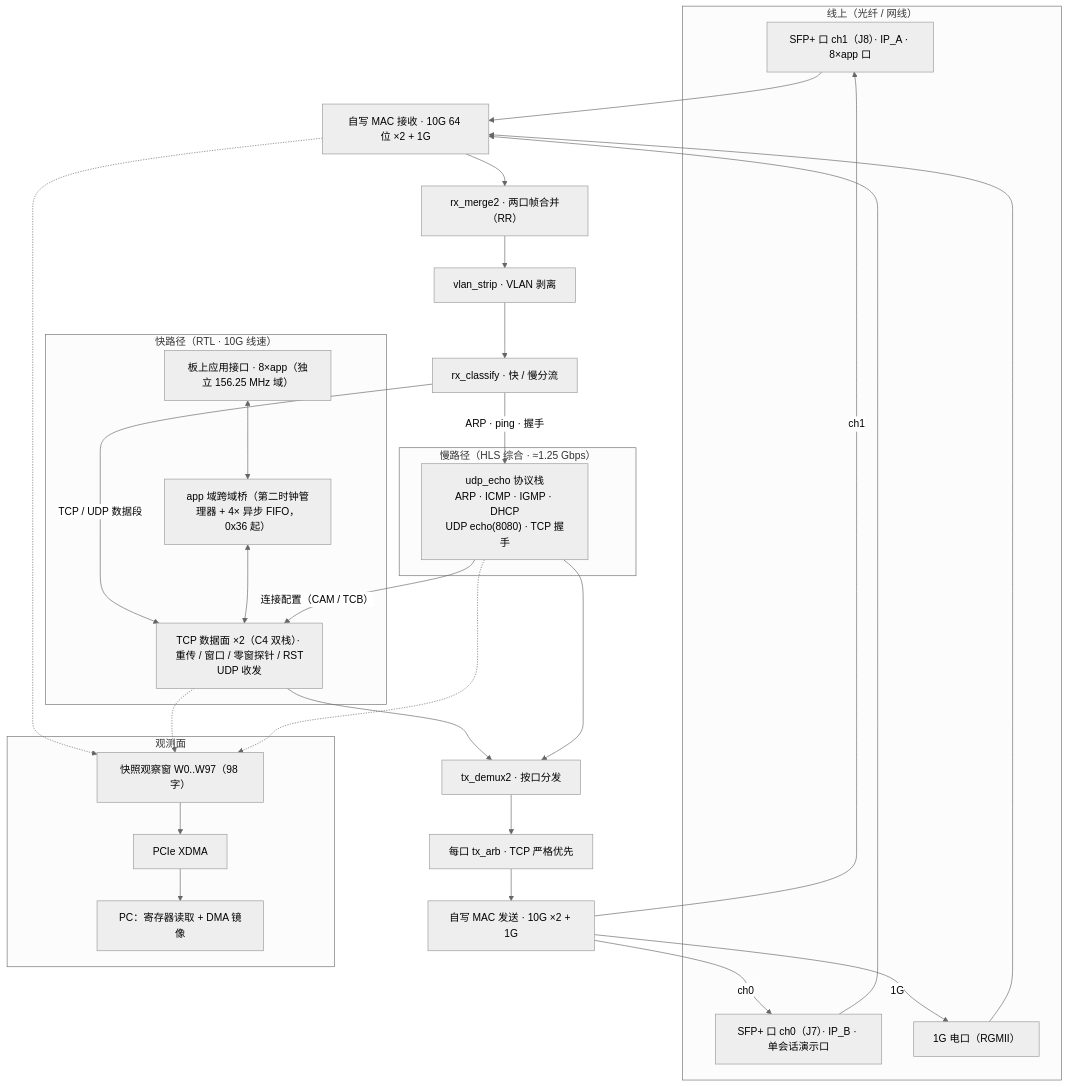
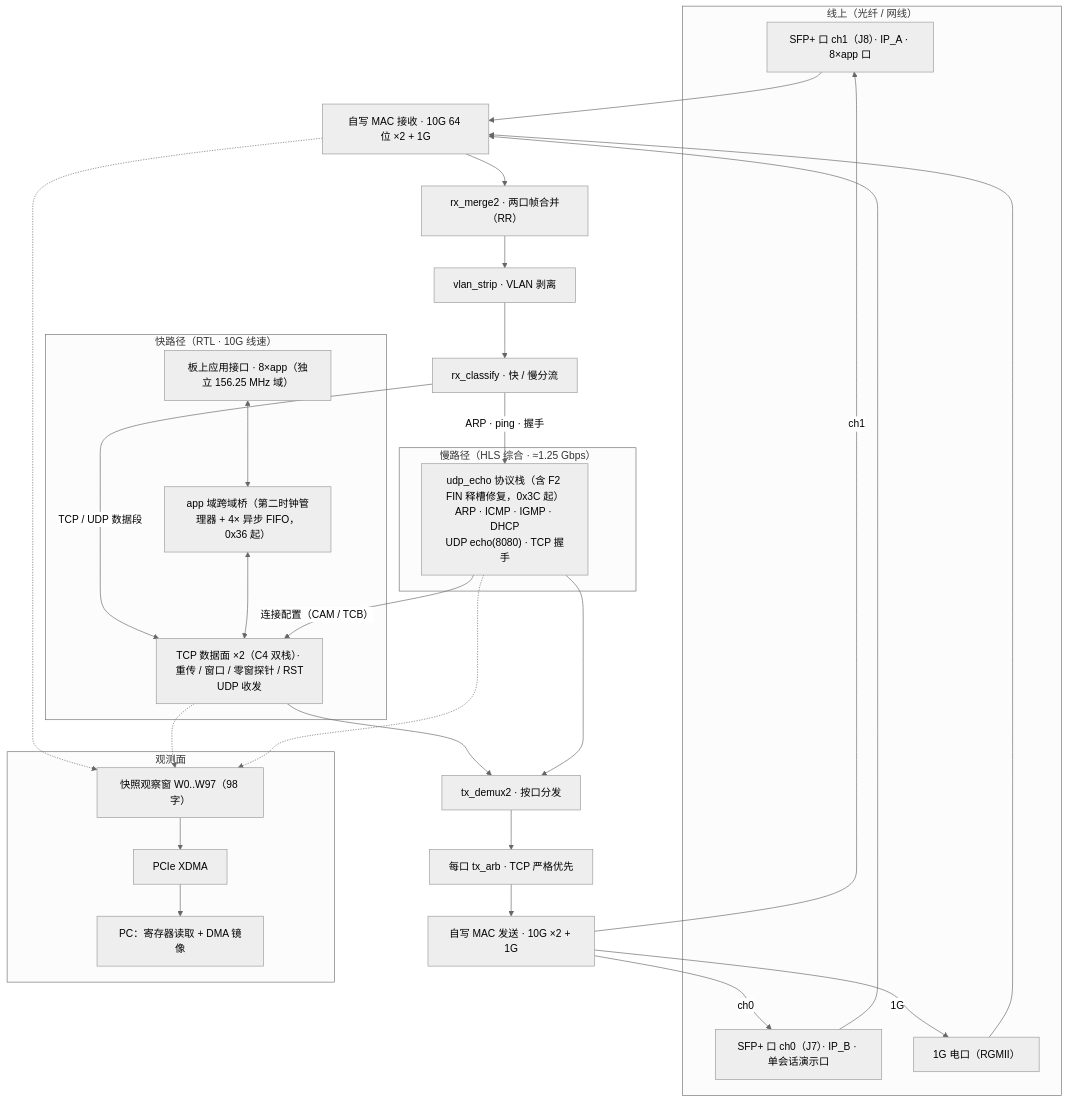
Before and after one commit to ZhengXueyuan/10g_fpga_tcp_ip_stack: the diagram in README.md, drawn with Mermaid (neutral theme). The commit also changed other lines of this file and 5 other files, not shown here.

First line of the commit message:
docs: human layer refresh to 0x3C — HLS slot-leak root-cause + F2 (zero-data FIN) fix

````diff
--- a/README.md
+++ b/README.md
@@ -33,51 +33,51 @@
 ```mermaid
 %%{init: {'flowchart': {'curve': 'basis'}}}%%
 flowchart TB
     subgraph LINE["线上（光纤 / 网线）"]
         P1["SFP+ 口 ch1（J8）· IP_A · 8×app 口"]
         P0["SFP+ 口 ch0（J7）· IP_B · 单会话演示口"]
         G1["1G 电口（RGMII）"]
     end
 
     MRX["自写 MAC 接收 · 10G 64 位 ×2 + 1G"]
     MG["rx_merge2 · 两口帧合并（RR）"]
     VS["vlan_strip · VLAN 剥离"]
     CF["rx_classify · 快 / 慢分流"]
 
     subgraph FAST["快路径（RTL · 10G 线速）"]
         FP["TCP 数据面 ×2（C4 双栈）· 重传 / 窗口 / 零窗探针 / RST<br>UDP 收发"]
         CDC["app 域跨域桥（第二时钟管理器 + 4× 异步 FIFO，0x36 起）"]
         APP["板上应用接口 · 8×app（独立 156.25 MHz 域）"]
     end
 
     subgraph SLOWP["慢路径（HLS 综合 · ≈1.25 Gbps）"]
-        HLS["udp_echo 协议栈<br>ARP · ICMP · IGMP · DHCP<br>UDP echo(8080) · TCP 握手"]
+        HLS["udp_echo 协议栈（含 F2 FIN 释槽修复，0x3C 起）<br>ARP · ICMP · IGMP · DHCP<br>UDP echo(8080) · TCP 握手"]
     end
 
     DX["tx_demux2 · 按口分发"]
     ARB["每口 tx_arb · TCP 严格优先"]
     MTX["自写 MAC 发送 · 10G ×2 + 1G"]
 
     subgraph OBSP["观测面"]
         SNAP["快照观察窗 W0..W97（98 字）"]
         PCIE["PCIe XDMA"]
         PC["PC：寄存器读取 + DMA 镜像"]
     end
 
     P1 & P0 & G1 --> MRX
     MRX --> MG --> VS --> CF
     CF -->|"TCP / UDP 数据段"| FP
     CF -->|"ARP · ping · 握手"| HLS
     APP <--> CDC <--> FP
     HLS -->|"连接配置（CAM / TCB）"| FP
     FP --> DX
     HLS --> DX
     DX --> ARB --> MTX
     MTX -->|"ch1"| P1
     MTX -->|"ch0"| P0
     MTX -->|"1G"| G1
     MRX -.-> SNAP
     FP -.-> SNAP
     HLS -.-> SNAP
     SNAP --> PCIE --> PC
 ```
````
